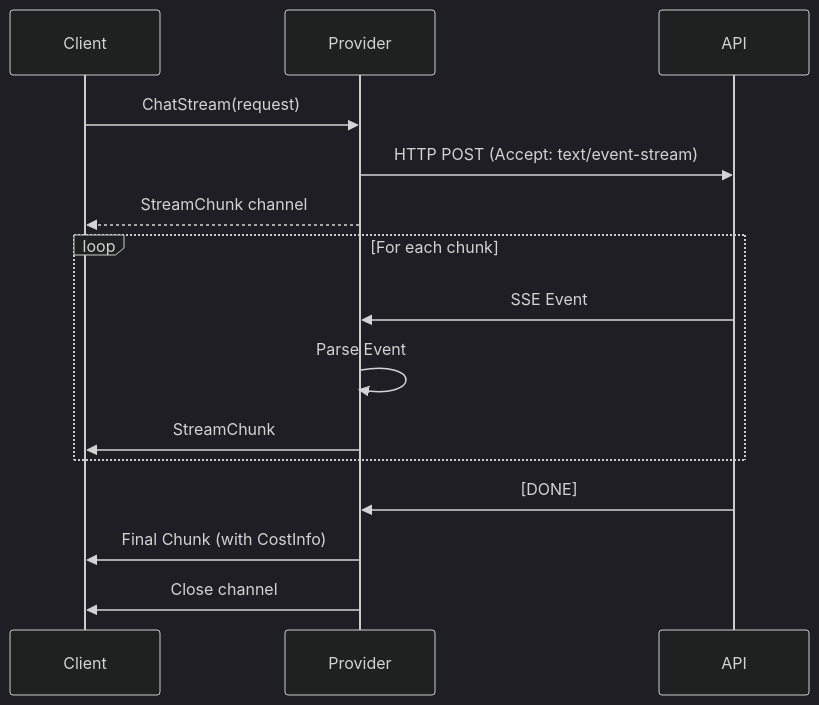
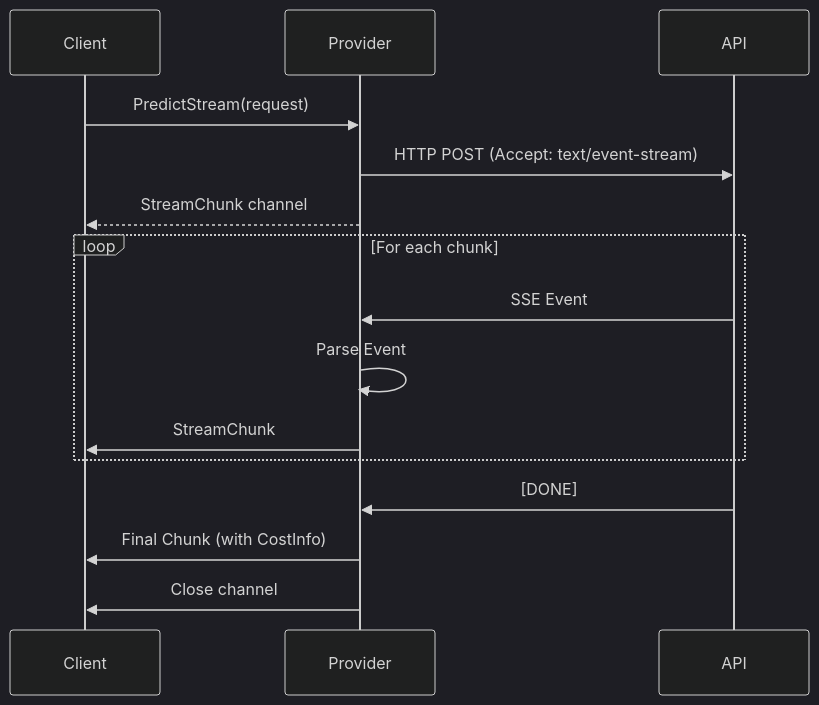
Before and after one commit to AltairaLabs/PromptKit: the fifth of 9 diagrams in docs/src/content/docs/architecture/runtime-providers.md, drawn with Mermaid (dark theme). The commit also changed other lines of this file and 83 other files, not shown here.

````diff
--- a/docs/src/content/docs/architecture/runtime-providers.md
+++ b/docs/src/content/docs/architecture/runtime-providers.md
@@ -388,20 +400,20 @@
 ```mermaid
 sequenceDiagram
     participant Client
     participant Provider
     participant API
 
-    Client->>Provider: ChatStream(request)
+    Client->>Provider: PredictStream(request)
     Provider->>API: HTTP POST (Accept: text/event-stream)
     Provider-->>Client: StreamChunk channel
 
     loop For each chunk
         API->>Provider: SSE Event
         Provider->>Provider: Parse Event
         Provider->>Client: StreamChunk
     end
 
     API->>Provider: [DONE]
     Provider->>Client: Final Chunk (with CostInfo)
     Provider->>Client: Close channel
 ```
````
